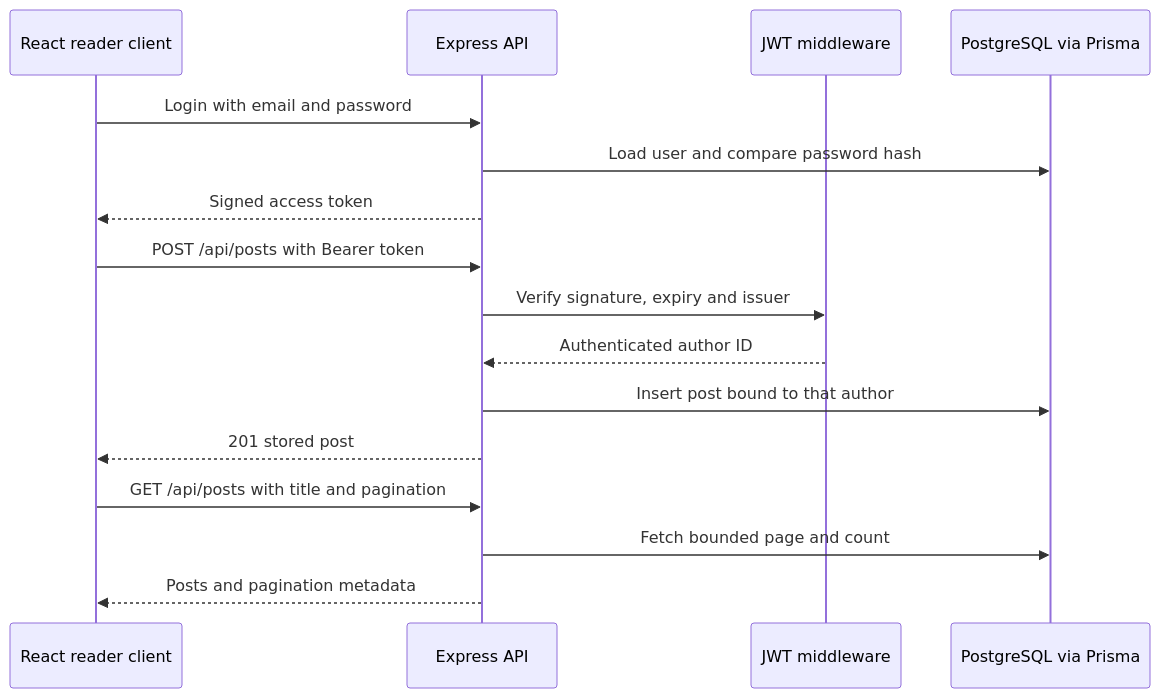
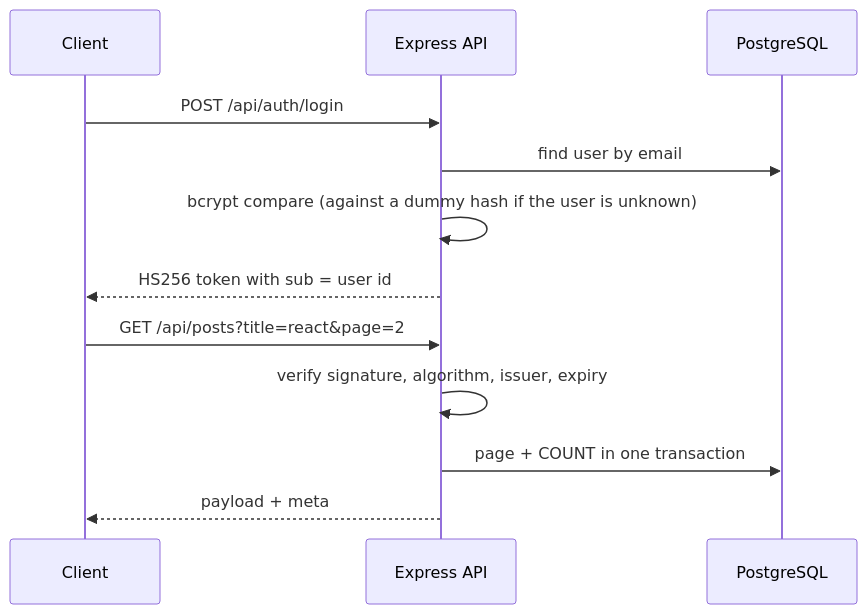
One commit to dev-mnadeem/article-publishing-api changed the second of 2 diagrams in README.md. Above: the diagram before and after it, drawn with Mermaid. The commit also changed other lines of this file and 4 other files, not shown here.

````diff
--- a/README.md
+++ b/README.md
@@ -66,18 +179,14 @@
 ```mermaid
 sequenceDiagram
-    participant Browser as React reader client
+    participant C as Client
     participant API as Express API
-    participant Auth as JWT middleware
-    participant DB as PostgreSQL via Prisma
-    Browser->>API: Login with email and password
-    API->>DB: Load user and compare password hash
-    API-->>Browser: Signed access token
-    Browser->>API: POST /api/posts with Bearer token
-    API->>Auth: Verify signature, expiry and issuer
-    Auth-->>API: Authenticated author ID
-    API->>DB: Insert post bound to that author
-    API-->>Browser: 201 stored post
-    Browser->>API: GET /api/posts with title and pagination
-    API->>DB: Fetch bounded page and count
-    API-->>Browser: Posts and pagination metadata
+    participant DB as PostgreSQL
+    C->>API: POST /api/auth/login
+    API->>DB: find user by email
+    API->>API: bcrypt compare (against a dummy hash if the user is unknown)
+    API-->>C: HS256 token with sub = user id
+    C->>API: GET /api/posts?title=react&page=2
+    API->>API: verify signature, algorithm, issuer, expiry
+    API->>DB: page + COUNT in one transaction
+    API-->>C: payload + meta
 ```
````
